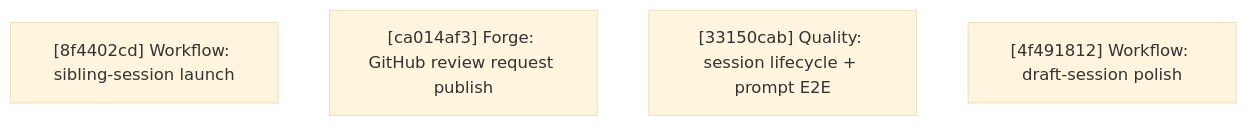
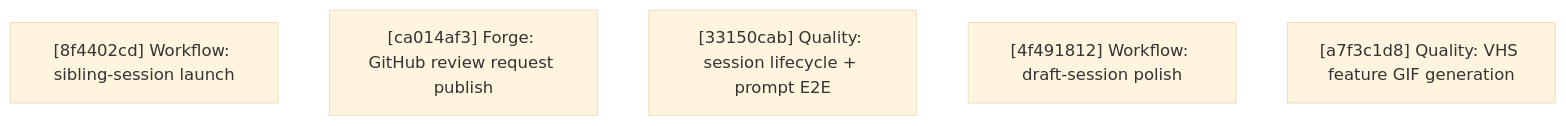
Before and after one commit to agentty-xyz/agentty: the diagram in docs/plan/roadmap.md, drawn with Mermaid (base theme). The commit also changed other lines of this file, not shown here.

First line of the commit message:
Queue VHS feature GIF generation and Zola auto-discovery roadmap slices

````diff
--- a/docs/plan/roadmap.md
+++ b/docs/plan/roadmap.md
@@ -157,7 +185,8 @@
 ```mermaid
 flowchart TD
     R1["[8f4402cd] Workflow: sibling-session launch"]
     R2["[ca014af3] Forge: GitHub review request publish"]
     R3["[33150cab] Quality: session lifecycle + prompt E2E"]
     R4["[4f491812] Workflow: draft-session polish"]
+    R5["[a7f3c1d8] Quality: VHS feature GIF generation"]
 ```
````
